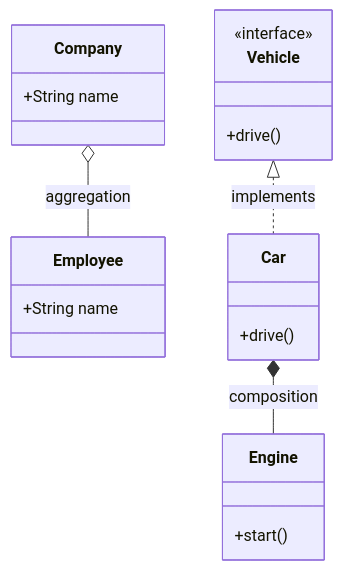
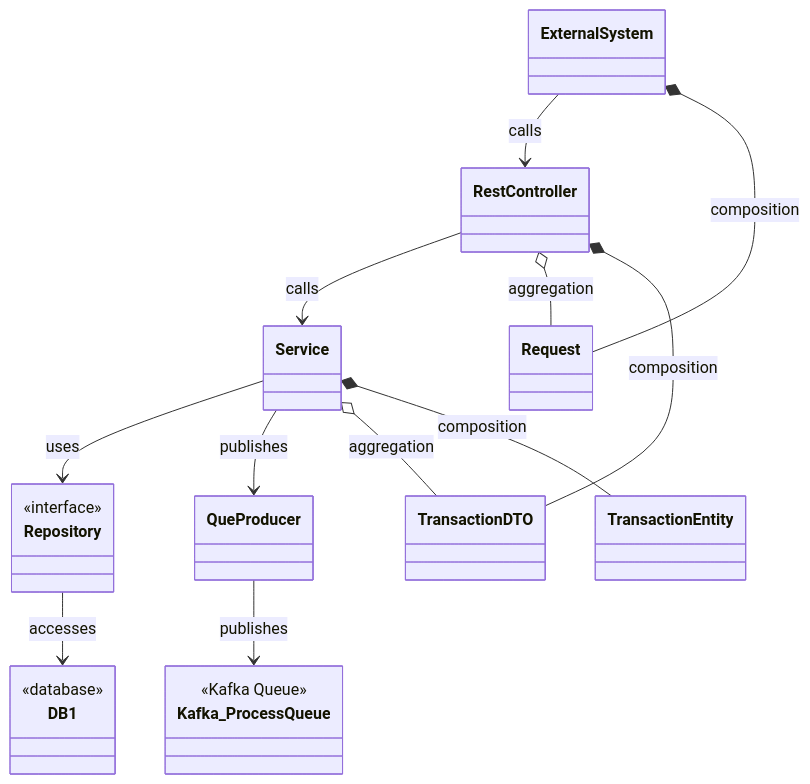
One commit to nic0michael/Trans-Process-Platf changed the diagram in backend/api/The_API_Design.md. Above: the diagram before and after it, drawn with Mermaid.

Commit message:
Update API design diagram with new classes and relations

````diff
--- a/backend/api/The_API_Design.md
+++ b/backend/api/The_API_Design.md
@@ -1,28 +1,51 @@
 ```mermaid
 classDiagram
 
-    class Company {
-        +String name
+    class ExternalSystem {
     }
 
-    class Employee {
-        +String name
+    class RestController {
     }
 
-    class Engine {
-        +start()
+    class Service {
     }
 
-    class Car {
-        +drive()
+    class Repository {
+        <<interface>>
     }
 
-    class Vehicle {
-        <<interface>>
-        +drive()
+    class DB1 {
+        <<database>>
     }
 
-    Company o-- Employee : aggregation
-    Car *-- Engine : composition
-    Vehicle <|.. Car : implements
+    class QueProducer {
+    }
+
+    class Kafka_ProcessQueue {
+        <<Kafka Queue>>
+    }
+
+    class Request {
+    }
+
+    class TransactionDTO {
+    }
+
+    class TransactionEntity {
+    }
+
+    ExternalSystem --> RestController : calls
+    RestController --> Service : calls
+    Service --> Repository : uses
+    Repository --> DB1 : accesses
+
+    Service --> QueProducer : publishes
+    QueProducer --> Kafka_ProcessQueue : publishes
+
+    ExternalSystem *-- Request : composition
+    RestController o-- Request : aggregation
+    RestController *-- TransactionDTO : composition
+
+    Service o-- TransactionDTO : aggregation
+    Service *-- TransactionEntity : composition
 ```
````
